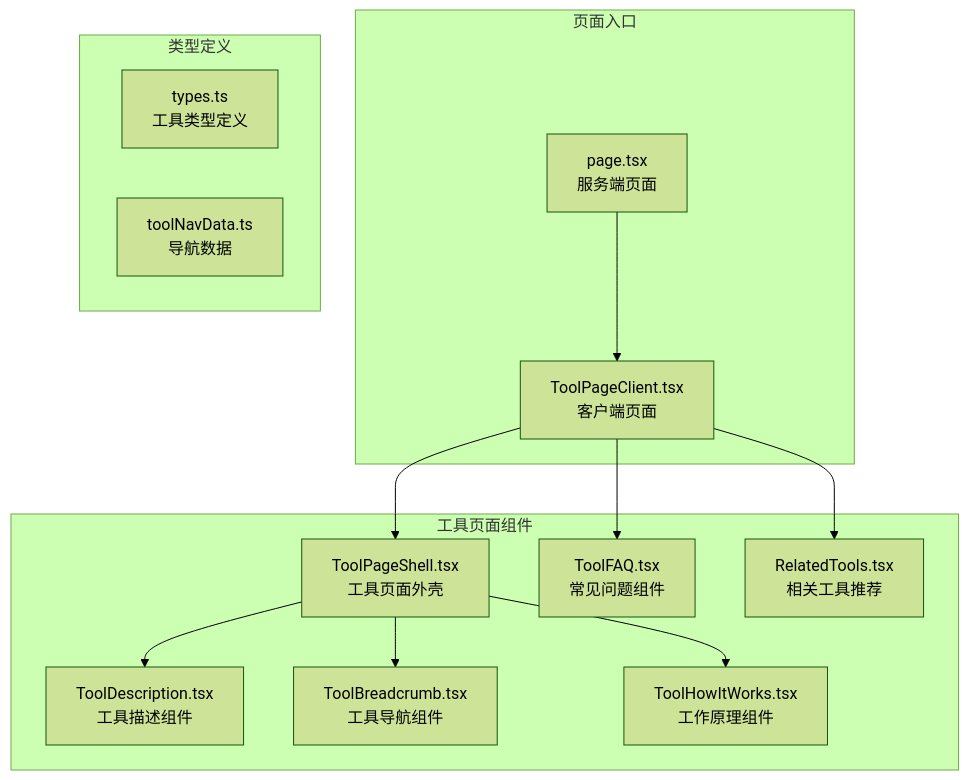
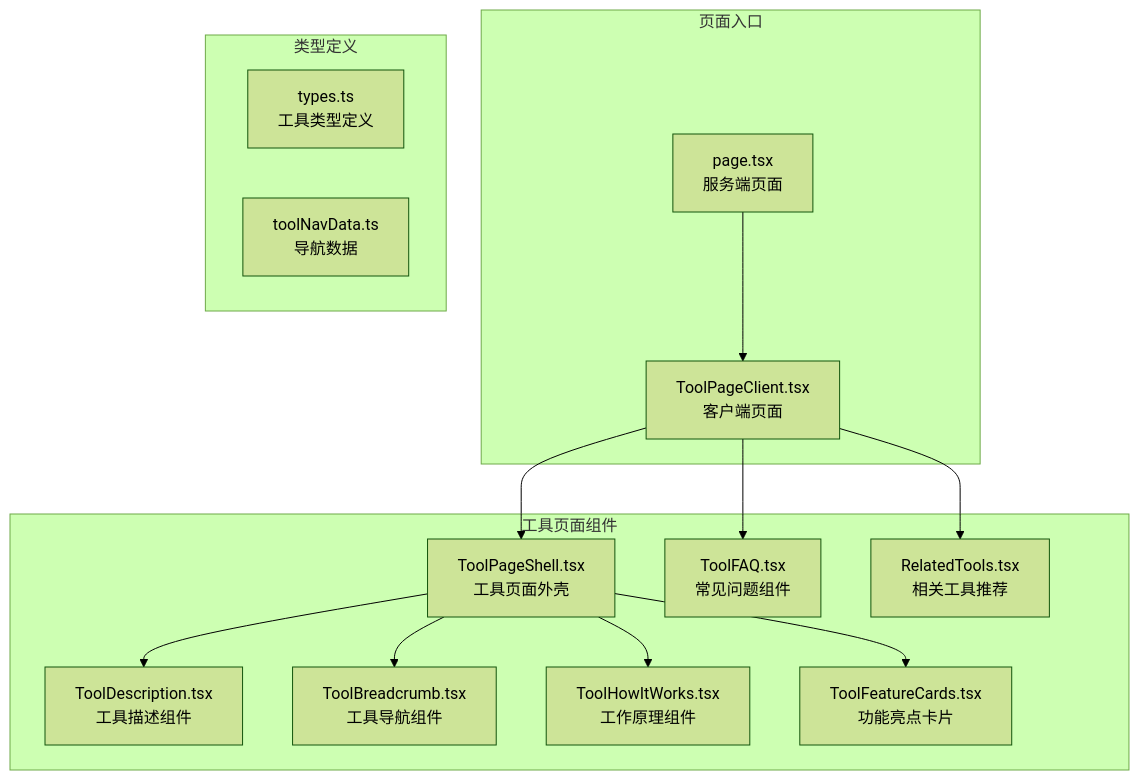
One commit to sgyy/privadeck changed the first of 10 diagrams in .qoder/repowiki/zh/content/组件系统/工具页面组件.md. Above: the diagram before and after it, drawn with Mermaid (forest theme). The commit also changed other lines of this file and 4 other files, not shown here.

````diff
--- a/.qoder/repowiki/zh/content/组件系统/工具页面组件.md
+++ b/.qoder/repowiki/zh/content/组件系统/工具页面组件.md
@@ -36,26 +46,28 @@
 ```mermaid
 graph TB
 subgraph "工具页面组件"
 TPS[ToolPageShell.tsx<br/>工具页面外壳]
 TD[ToolDescription.tsx<br/>工具描述组件]
 TF[ToolFAQ.tsx<br/>常见问题组件]
 RT[RelatedTools.tsx<br/>相关工具推荐]
 TB[ToolBreadcrumb.tsx<br/>工具导航组件]
 THIW[ToolHowItWorks.tsx<br/>工作原理组件]
+TFC[ToolFeatureCards.tsx<br/>功能亮点卡片]
 end
 subgraph "页面入口"
 TPCL[ToolPageClient.tsx<br/>客户端页面]
 PAGE[page.tsx<br/>服务端页面]
 end
 subgraph "类型定义"
 TYPES[types.ts<br/>工具类型定义]
 NAVDATA[toolNavData.ts<br/>导航数据]
 end
 PAGE --> TPCL
 TPCL --> TPS
 TPCL --> RT
 TPCL --> TF
 TPS --> TD
 TPS --> THIW
 TPS --> TB
+TPS --> TFC
 ```
````
